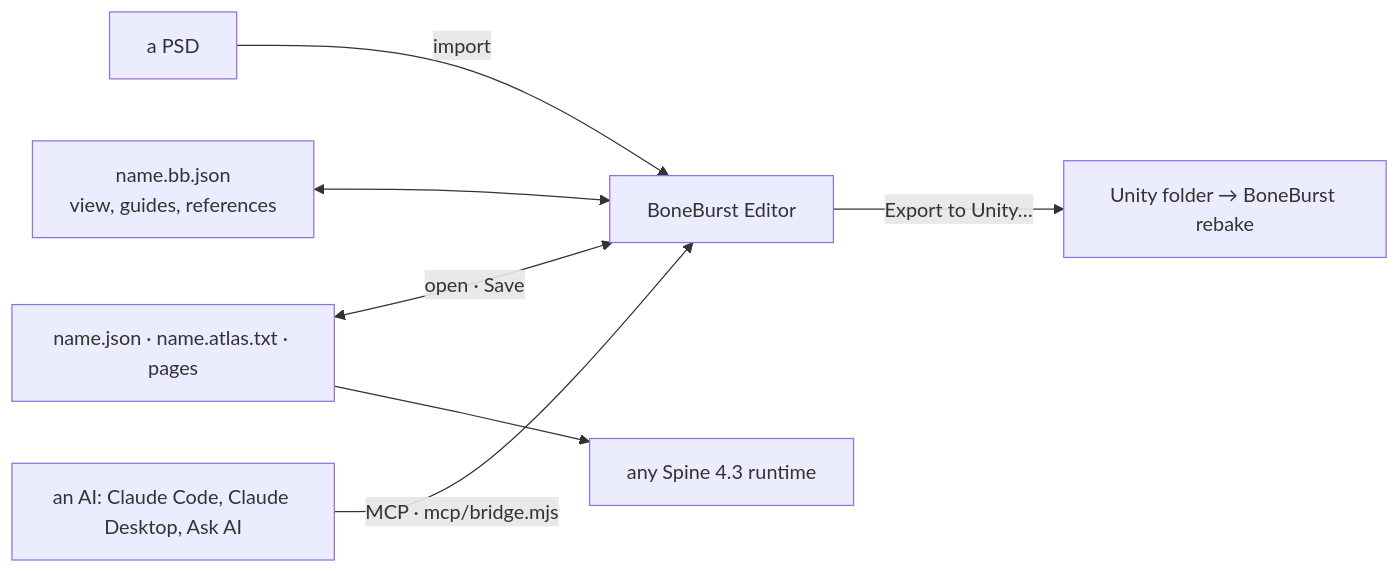
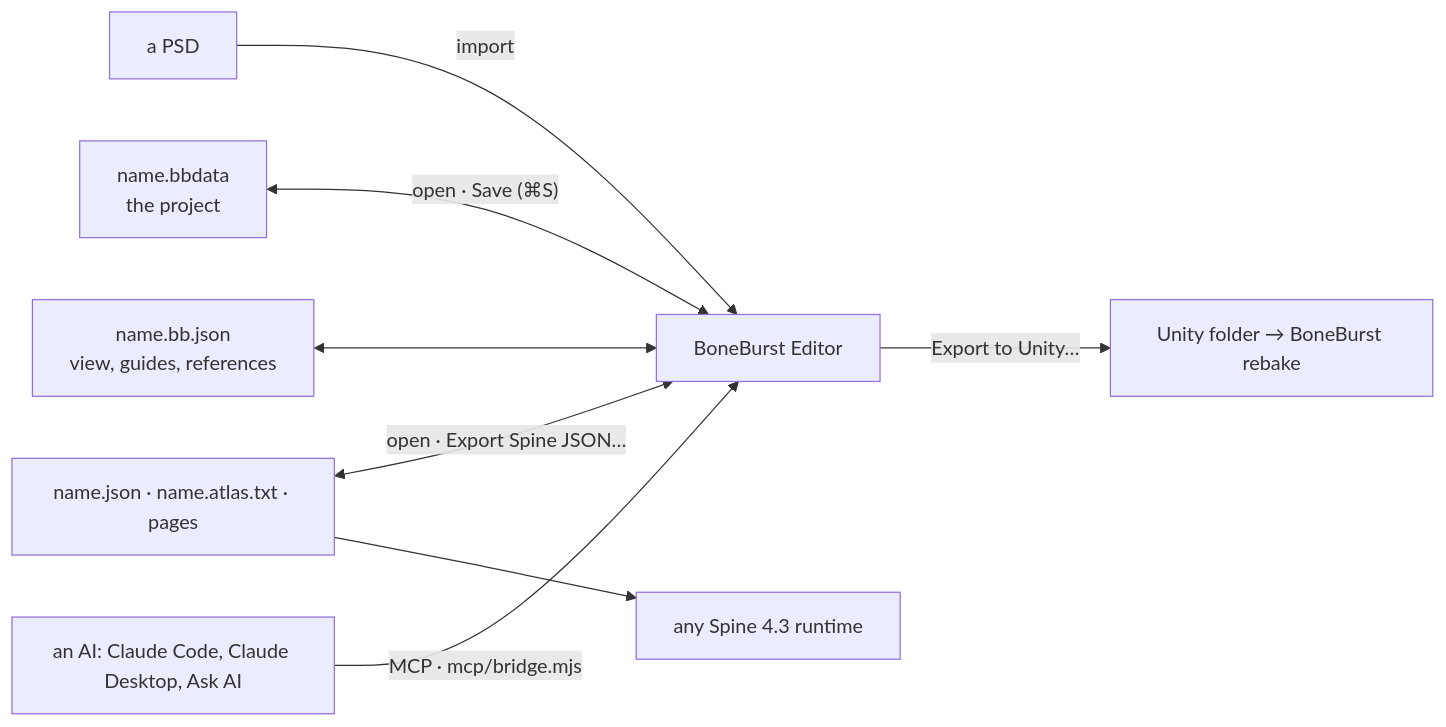
Before and after one commit to 12pnp/M0-Animation-2D: the diagram in Editor-BoneBurst-Src/README.md, drawn with Mermaid. The commit also changed other lines of this file and 9 other files, not shown here.

````diff
--- a/Editor-BoneBurst-Src/README.md
+++ b/Editor-BoneBurst-Src/README.md
@@ -7,9 +7,10 @@
 ```mermaid
 flowchart LR
     PSD["a PSD"] -->|"import"| ED["BoneBurst Editor"]
-    JSON["name.json · name.atlas.txt · pages"] <-->|"open · Save"| ED
+    BB["name.bbdata<br/>the project"] <-->|"open · Save (⌘S)"| ED
+    JSON["name.json · name.atlas.txt · pages"] <-->|"open · Export Spine JSON…"| ED
     SIDE["name.bb.json<br/>view, guides, references"] <--> ED
     AI["an AI: Claude Code, Claude Desktop, Ask AI"] -->|"MCP · mcp/bridge.mjs"| ED
     ED -->|"Export to Unity…"| UNITY["Unity folder → BoneBurst rebake"]
     JSON --> ANY["any Spine 4.3 runtime"]
 ```
````
